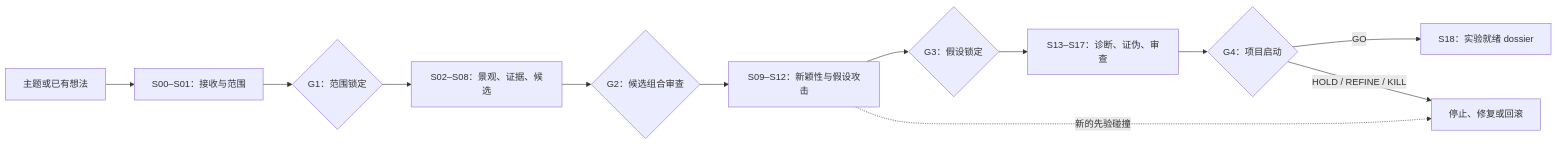
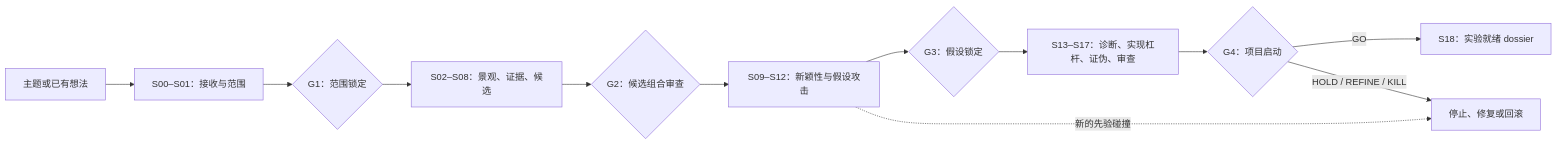
One commit to DexZane/Research-Forge changed the diagram in README.zh-CN.md. Above: the diagram before and after it, drawn with Mermaid. The commit also changed other lines of this file and 23 other files, not shown here.

````diff
--- a/README.zh-CN.md
+++ b/README.zh-CN.md
@@ -120,14 +126,14 @@
 ```mermaid
 flowchart LR
     A["主题或已有想法"] --> B["S00–S01：接收与范围"]
     B --> G1{"G1：范围锁定"}
     G1 --> C["S02–S08：景观、证据、候选"]
     C --> G2{"G2：候选组合审查"}
     G2 --> D["S09–S12：新颖性与假设攻击"]
     D --> G3{"G3：假设锁定"}
-    G3 --> E["S13–S17：诊断、证伪、审查"]
+    G3 --> E["S13–S17：诊断、实现杠杆、证伪、审查"]
     E --> G4{"G4：项目启动"}
     G4 -->|GO| F["S18：实验就绪 dossier"]
     G4 -->|HOLD / REFINE / KILL| R["停止、修复或回滚"]
     D -. "新的先验碰撞" .-> R
 ```
````
